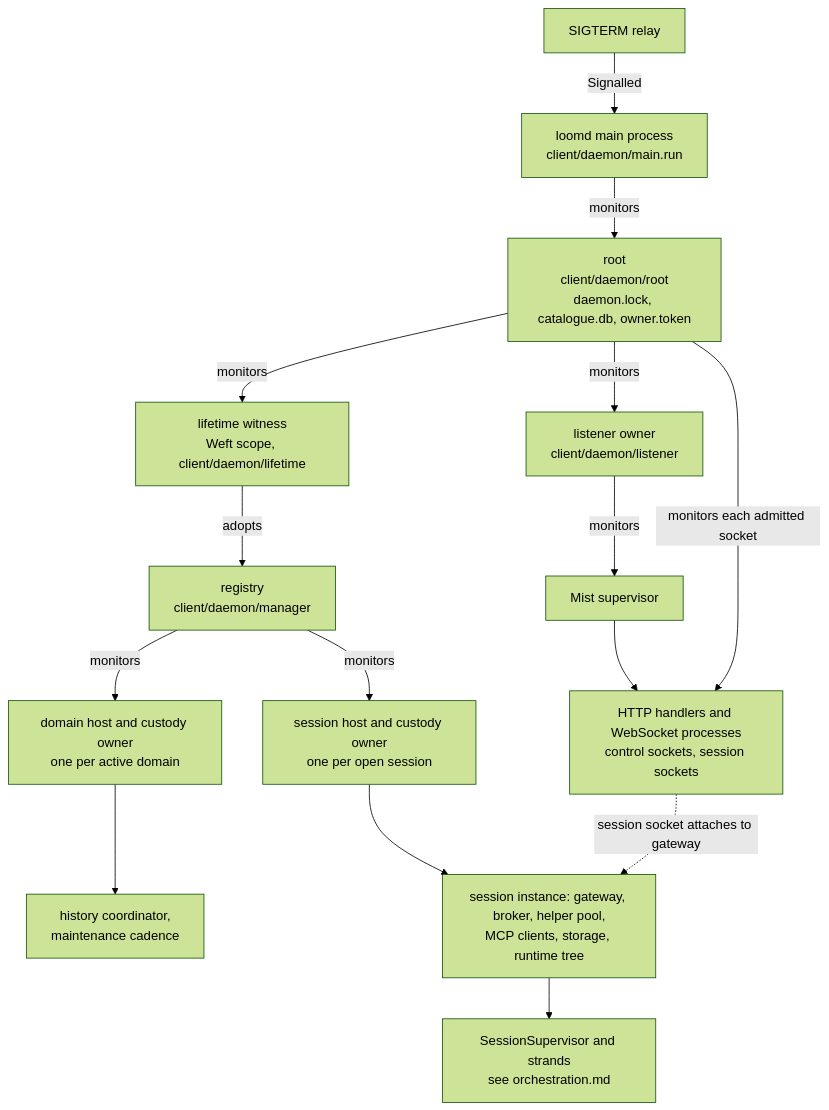
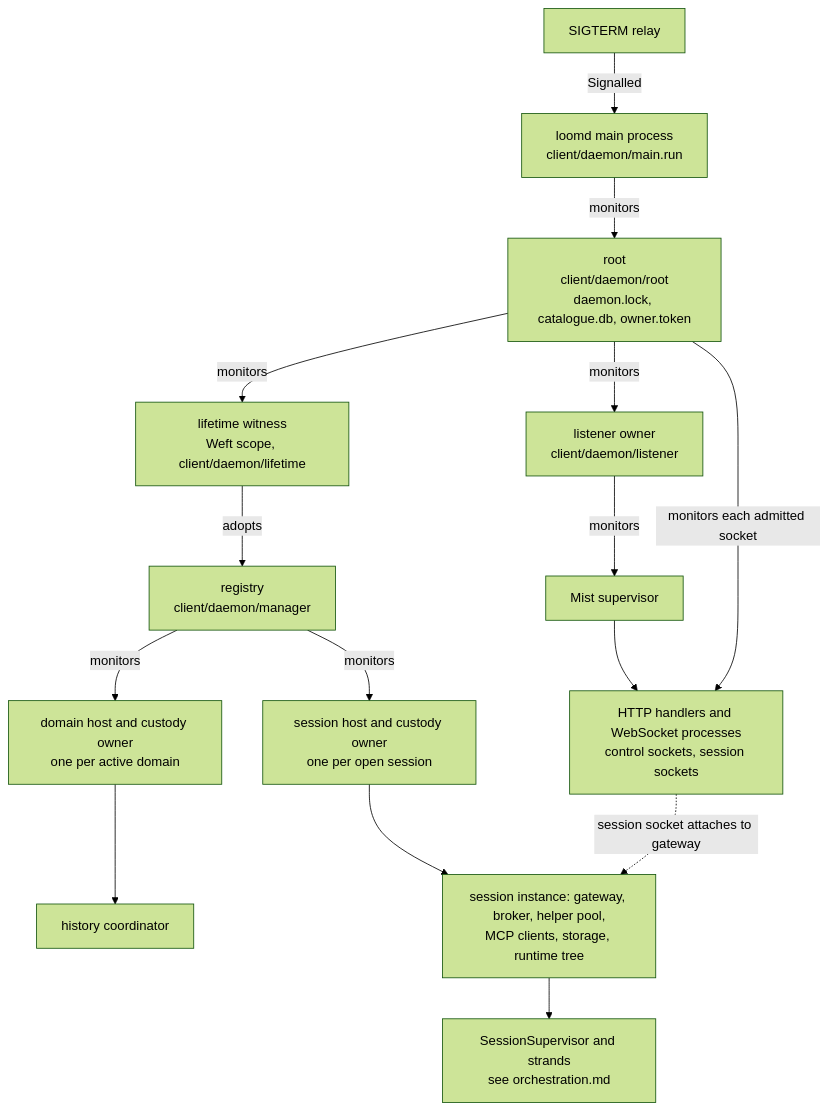
Before and after one commit to Roasbeef/loom: the first of 2 diagrams in docs/architecture/daemon.md, drawn with Mermaid (forest theme). The commit also changed other lines of this file and 29 other files, not shown here.

````diff
--- a/docs/architecture/daemon.md
+++ b/docs/architecture/daemon.md
@@ -158,31 +158,31 @@
 ```mermaid
 flowchart TD
     Main["loomd main process<br/>client/daemon/main.run"]
     Sig["SIGTERM relay"]
     Root["root<br/>client/daemon/root<br/>daemon.lock, catalogue.db, owner.token"]
     Lst["listener owner<br/>client/daemon/listener"]
     Mist["Mist supervisor"]
     Sock["HTTP handlers and WebSocket processes<br/>control sockets, session sockets"]
     Wit["lifetime witness<br/>Weft scope, client/daemon/lifetime"]
     Reg["registry<br/>client/daemon/manager"]
     DH["domain host and custody owner<br/>one per active domain"]
-    DS["history coordinator,<br/>maintenance cadence"]
+    DS["history coordinator"]
     SH["session host and custody owner<br/>one per open session"]
     Inst["session instance: gateway, broker, helper pool,<br/>MCP clients, storage, runtime tree"]
     Orch["SessionSupervisor and strands<br/>see orchestration.md"]
 
     Sig -->|Signalled| Main
     Main -->|monitors| Root
     Root -->|monitors| Lst
     Lst -->|monitors| Mist
     Mist --> Sock
     Root -->|monitors each admitted socket| Sock
     Root -->|monitors| Wit
     Wit -->|adopts| Reg
     Reg -->|monitors| DH
     DH --> DS
     Reg -->|monitors| SH
     SH --> Inst
     Inst --> Orch
     Sock -.->|session socket attaches to gateway| Inst
 ```
````
